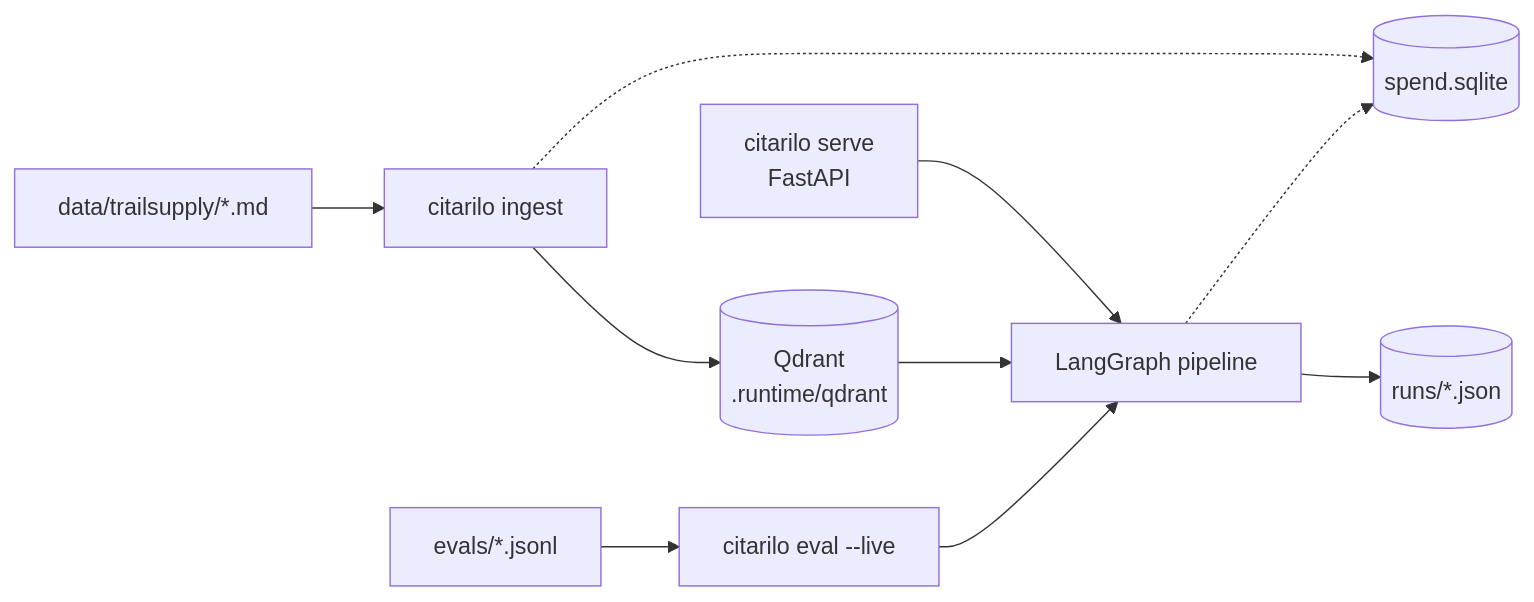
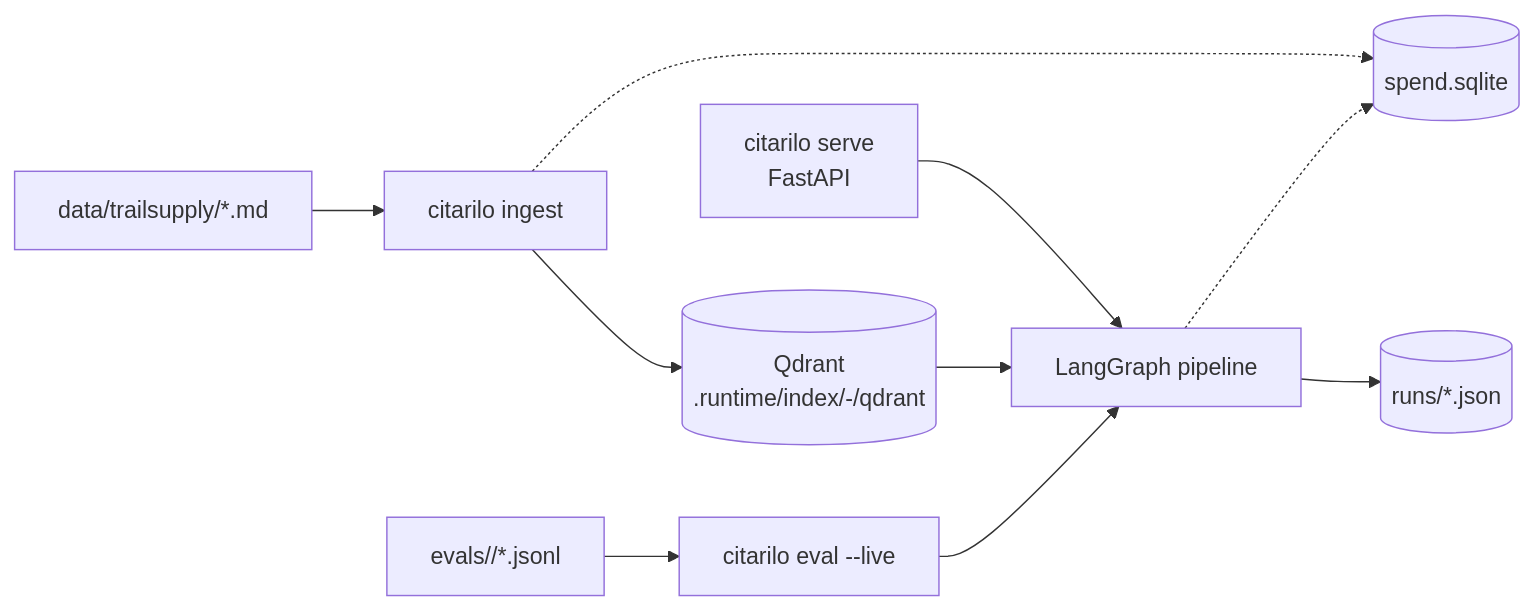
The second of 2 diagrams in docs/architecture.md (podstawkamartin/Citarilo), drawn with Mermaid before and after one commit. The commit also changed other lines of this file and 29 other files, not shown here.

````diff
--- a/docs/architecture.md
+++ b/docs/architecture.md
@@ -40,10 +40,10 @@
 ```mermaid
 flowchart LR
-    D["data/trailsupply/*.md"] --> ING["citarilo ingest"] --> I[("Qdrant<br/>.runtime/qdrant")]
+    D["data/trailsupply/*.md"] --> ING["citarilo ingest"] --> I[("Qdrant<br/>.runtime/index/<slug>-<path-hash>/qdrant")]
     API["citarilo serve<br/>FastAPI"] --> P["LangGraph pipeline"]
-    CASES["evals/*.jsonl"] --> EV["citarilo eval --live"] --> P
+    CASES["evals/<set>/*.jsonl"] --> EV["citarilo eval --live"] --> P
     I --> P
     P --> RUNS[("runs/*.json")]
     ING -.-> L[("spend.sqlite")]
     P -.-> L
 ```
````
